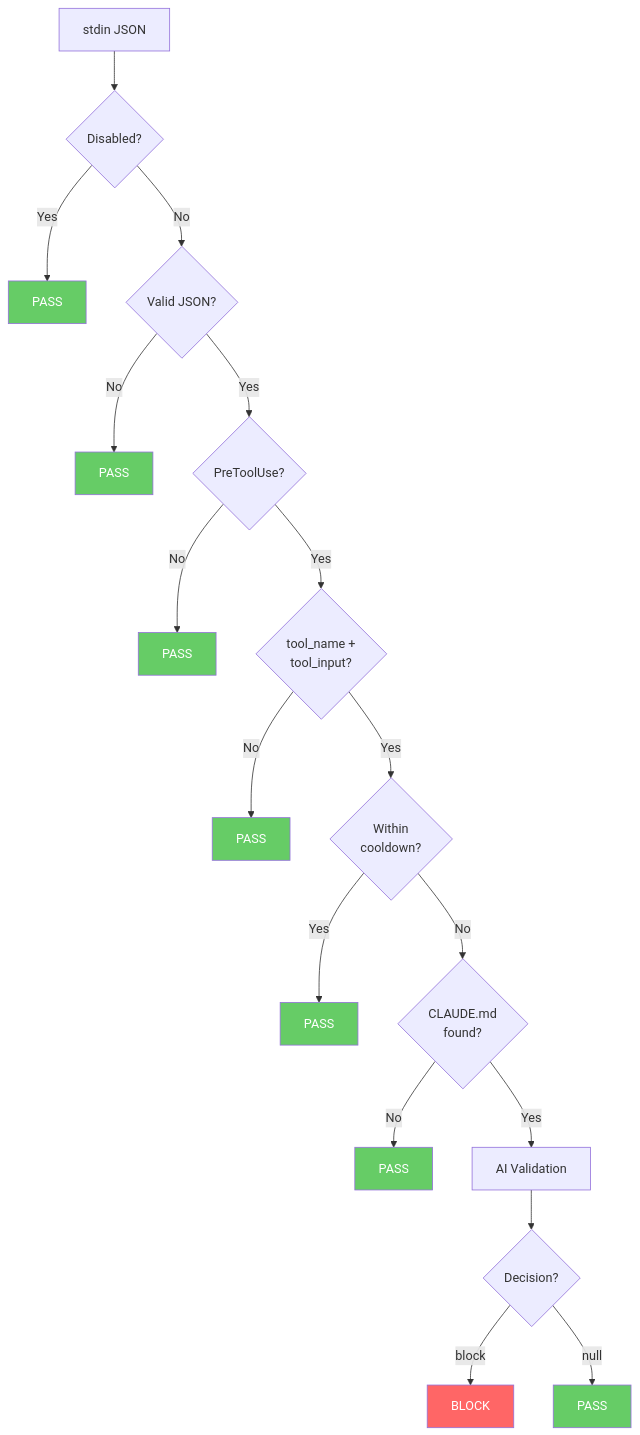
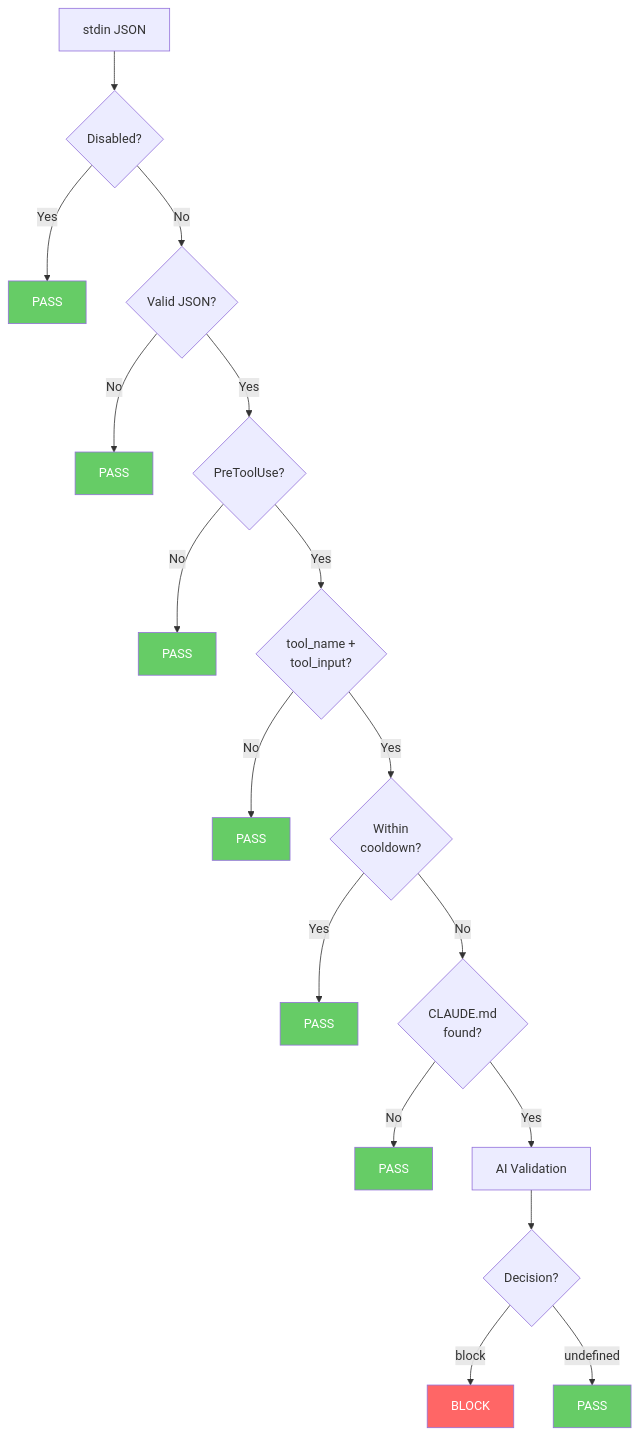
Before and after one commit to Hiro-Chiba/claudemd-guard: the fifth of 5 diagrams in docs/architecture.md, drawn with Mermaid. The commit also changed other lines of this file and 1 other file, not shown here.

First line of the commit message:
docs: fix decision type from null to undefined in architecture diagrams

````diff
--- a/docs/architecture.md
+++ b/docs/architecture.md
@@ -114,28 +115,28 @@
 ```mermaid
 flowchart TD
     Input[stdin JSON] --> Disabled{Disabled?}
     Disabled -->|Yes| Pass1[PASS]
     Disabled -->|No| Parse{Valid JSON?}
     Parse -->|No| Pass2[PASS]
     Parse -->|Yes| Event{PreToolUse?}
     Event -->|No| Pass3[PASS]
     Event -->|Yes| Tool{tool_name +<br/>tool_input?}
     Tool -->|No| Pass4[PASS]
     Tool -->|Yes| Cooldown{Within<br/>cooldown?}
     Cooldown -->|Yes| Pass5[PASS]
     Cooldown -->|No| Collect{CLAUDE.md<br/>found?}
     Collect -->|No| Pass6[PASS]
     Collect -->|Yes| Validate[AI Validation]
     Validate --> Result{Decision?}
     Result -->|block| Block[BLOCK]
-    Result -->|null| Pass7[PASS]
+    Result -->|undefined| Pass7[PASS]
 
     style Block fill:#f66,color:#fff
     style Pass1 fill:#6c6,color:#fff
     style Pass2 fill:#6c6,color:#fff
     style Pass3 fill:#6c6,color:#fff
     style Pass4 fill:#6c6,color:#fff
     style Pass5 fill:#6c6,color:#fff
     style Pass6 fill:#6c6,color:#fff
     style Pass7 fill:#6c6,color:#fff
 ```
````
